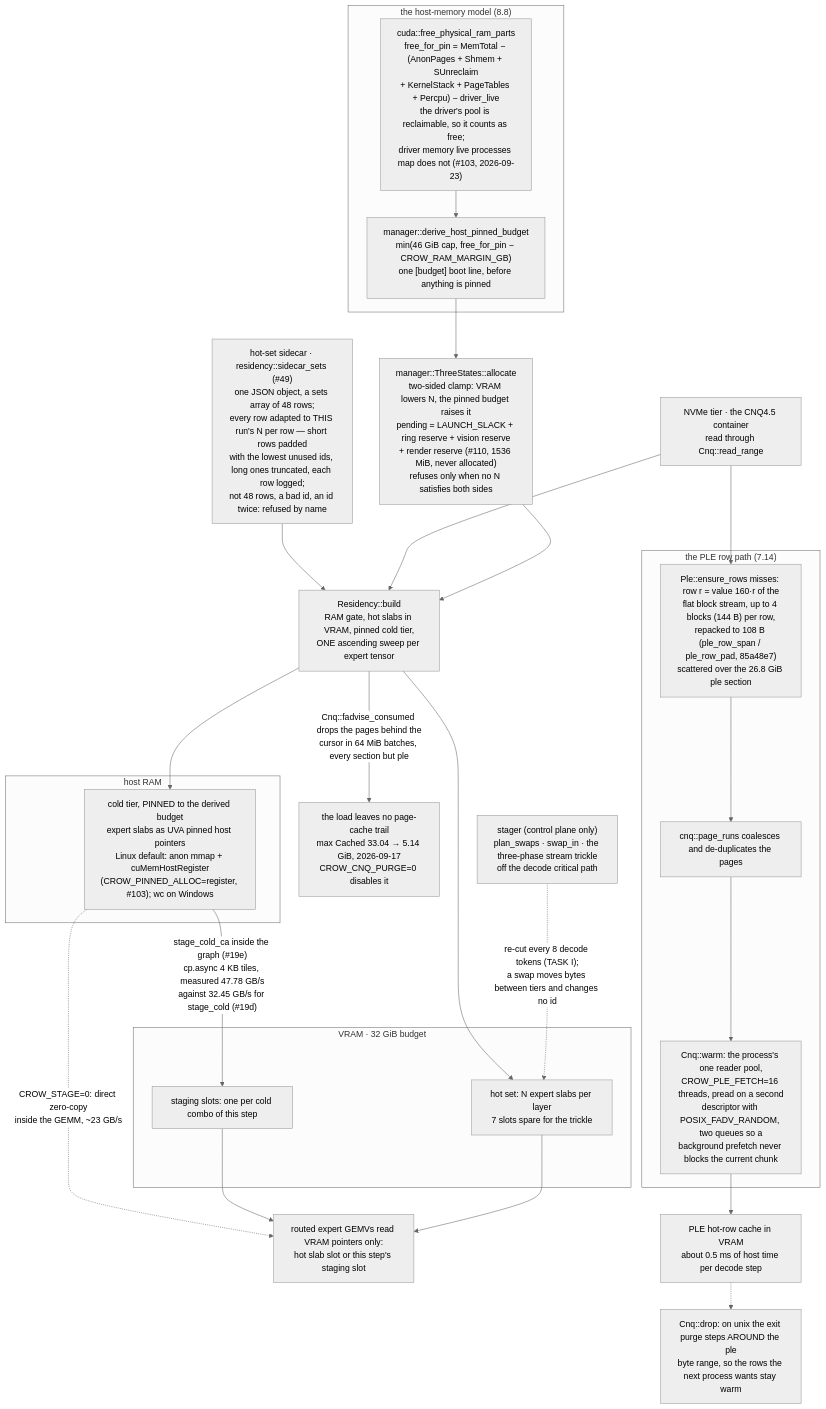
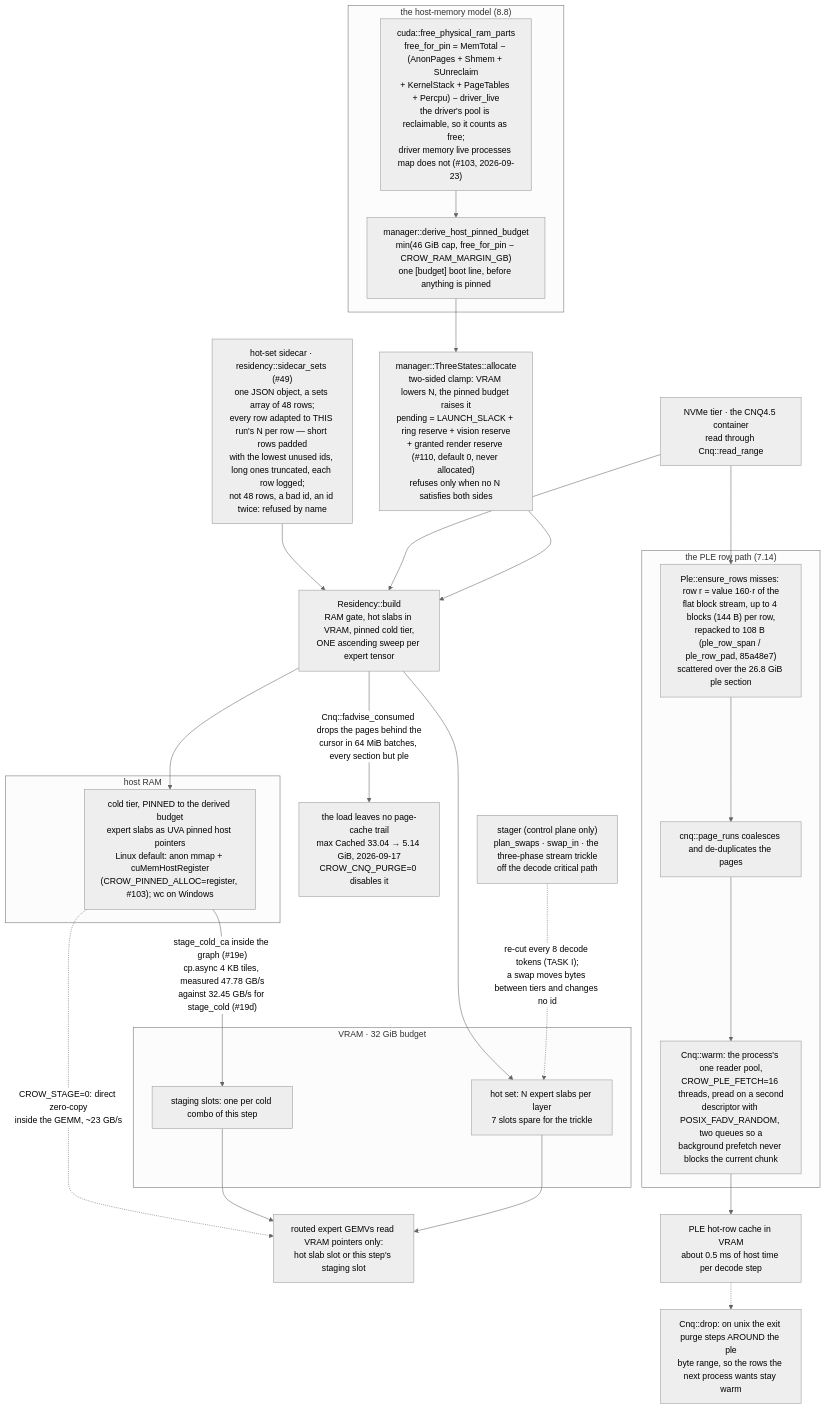
The fourth of 8 diagrams in docs/diagrams.md (nibor1896/crow-nest), drawn with Mermaid (neutral theme) before and after one commit. The commit also changed other lines of this file and 9 other files, not shown here.

````diff
--- a/docs/diagrams.md
+++ b/docs/diagrams.md
@@ -135,38 +134,38 @@
 ```mermaid
 flowchart TB
     subgraph hostmem["the host-memory model (8.8)"]
         RAM["cuda::free_physical_ram_parts\nfree_for_pin = MemTotal − (AnonPages + Shmem + SUnreclaim\n+ KernelStack + PageTables + Percpu) − driver_live\nthe driver's pool is reclaimable, so it counts as free;\ndriver memory live processes map does not (#103, 2026-09-23)"]
         BUD["manager::derive_host_pinned_budget\nmin(46 GiB cap, free_for_pin − CROW_RAM_MARGIN_GB)\none [budget] boot line, before anything is pinned"]
         RAM --> BUD
     end
-    BUD --> PLAN["manager::ThreeStates::allocate\ntwo-sided clamp: VRAM lowers N, the pinned budget raises it\npending = LAUNCH_SLACK + ring reserve + vision reserve\n+ render reserve (#110, 1536 MiB, never allocated)\nrefuses only when no N satisfies both sides"]
+    BUD --> PLAN["manager::ThreeStates::allocate\ntwo-sided clamp: VRAM lowers N, the pinned budget raises it\npending = LAUNCH_SLACK + ring reserve + vision reserve\n+ granted render reserve (#110, default 0, never allocated)\nrefuses only when no N satisfies both sides"]
     SIDE["hot-set sidecar · residency::sidecar_sets (#49)\none JSON object, a sets array of 48 rows;\nevery row adapted to THIS run's N per row — short rows padded\nwith the lowest unused ids, long ones truncated, each row logged;\nnot 48 rows, a bad id, an id twice: refused by name"] --> BUILD
     NVME["NVMe tier · the CNQ4.5 container\nread through Cnq::read_range"] --> BUILD
     PLAN --> BUILD["Residency::build\nRAM gate, hot slabs in VRAM, pinned cold tier,\nONE ascending sweep per expert tensor"]
     BUILD -->|"Cnq::fadvise_consumed drops the pages behind the\ncursor in 64 MiB batches, every section but ple"| PC["the load leaves no page-cache trail\nmax Cached 33.04 → 5.14 GiB, 2026-09-17\nCROW_CNQ_PURGE=0 disables it"]
     subgraph host["host RAM"]
         COLD["cold tier, PINNED to the derived budget\nexpert slabs as UVA pinned host pointers\nLinux default: anon mmap + cuMemHostRegister\n(CROW_PINNED_ALLOC=register, #103); wc on Windows"]
     end
     subgraph vram["VRAM · 32 GiB budget"]
         HOT["hot set: N expert slabs per layer\n7 slots spare for the trickle"]
         STAGE["staging slots: one per cold combo of this step"]
     end
     BUILD --> COLD
     BUILD --> HOT
     STAGER["stager (control plane only)\nplan_swaps · swap_in · the three-phase stream trickle\noff the decode critical path"]
     STAGER -.->|"re-cut every 8 decode tokens (TASK I);\na swap moves bytes between tiers and changes no id"| HOT
     COLD -->|"stage_cold_ca inside the graph (#19e)\ncp.async 4 KB tiles, measured 47.78 GB/s\nagainst 32.45 GB/s for stage_cold (#19d)"| STAGE
     COLD -.->|"CROW_STAGE=0: direct zero-copy\ninside the GEMM, ~23 GB/s"| GEMV
     STAGE --> GEMV["routed expert GEMVs read VRAM pointers only:\nhot slab slot or this step's staging slot"]
     HOT --> GEMV
     subgraph plerow["the PLE row path (7.14)"]
         MISS["Ple::ensure_rows misses: row r = value 160·r of the\nflat block stream, up to 4 blocks (144 B) per row,\nrepacked to 108 B (ple_row_span / ple_row_pad, 85a48e7)\nscattered over the 26.8 GiB ple section"]
         RUNS["cnq::page_runs coalesces and de-duplicates the pages"]
         WARM["Cnq::warm: the process's one reader pool,\nCROW_PLE_FETCH=16 threads, pread on a second\ndescriptor with POSIX_FADV_RANDOM, two queues so a\nbackground prefetch never blocks the current chunk"]
         MISS --> RUNS --> WARM
     end
     NVME --> MISS
     WARM --> PLEC["PLE hot-row cache in VRAM\nabout 0.5 ms of host time per decode step"]
     EXITP["Cnq::drop: on unix the exit purge steps AROUND the ple\nbyte range, so the rows the next process wants stay warm"]
     PLEC -.-> EXITP
 ```
````
